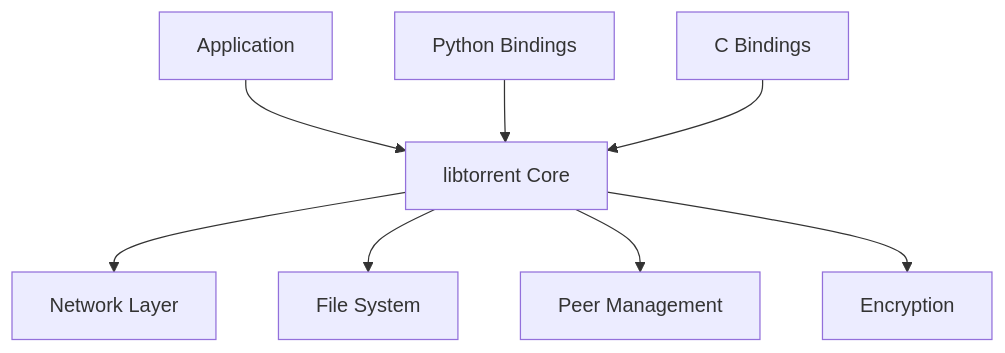
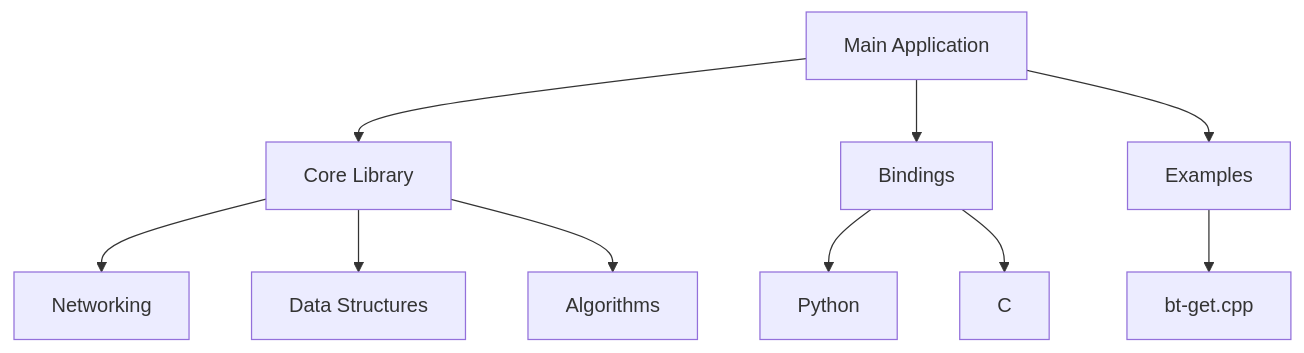
The diagram in docs/generated/00-getting-started.md (procrash/mkdocs_on_steroids), drawn with Mermaid before and after one commit. The commit also changed other lines of this file and 205 other files, not shown here.

````diff
--- a/docs/generated/00-getting-started.md
+++ b/docs/generated/00-getting-started.md
@@ -23,10 +17,12 @@
 ```mermaid
 graph TD
-    A[Application] --> B[libtorrent Core]
-    B --> C[Network Layer]
-    B --> D[File System]
-    B --> E[Peer Management]
-    B --> F[Encryption]
-    G[Python Bindings] --> B
-    H[C Bindings] --> B
+    A[Main Application] --> B[Core Library]
+    A --> C[Bindings]
+    A --> D[Examples]
+    B --> E[Networking]
+    B --> F[Data Structures]
+    B --> G[Algorithms]
+    C --> H[Python]
+    C --> I[C]
+    D --> J[bt-get.cpp]
 ```
````
